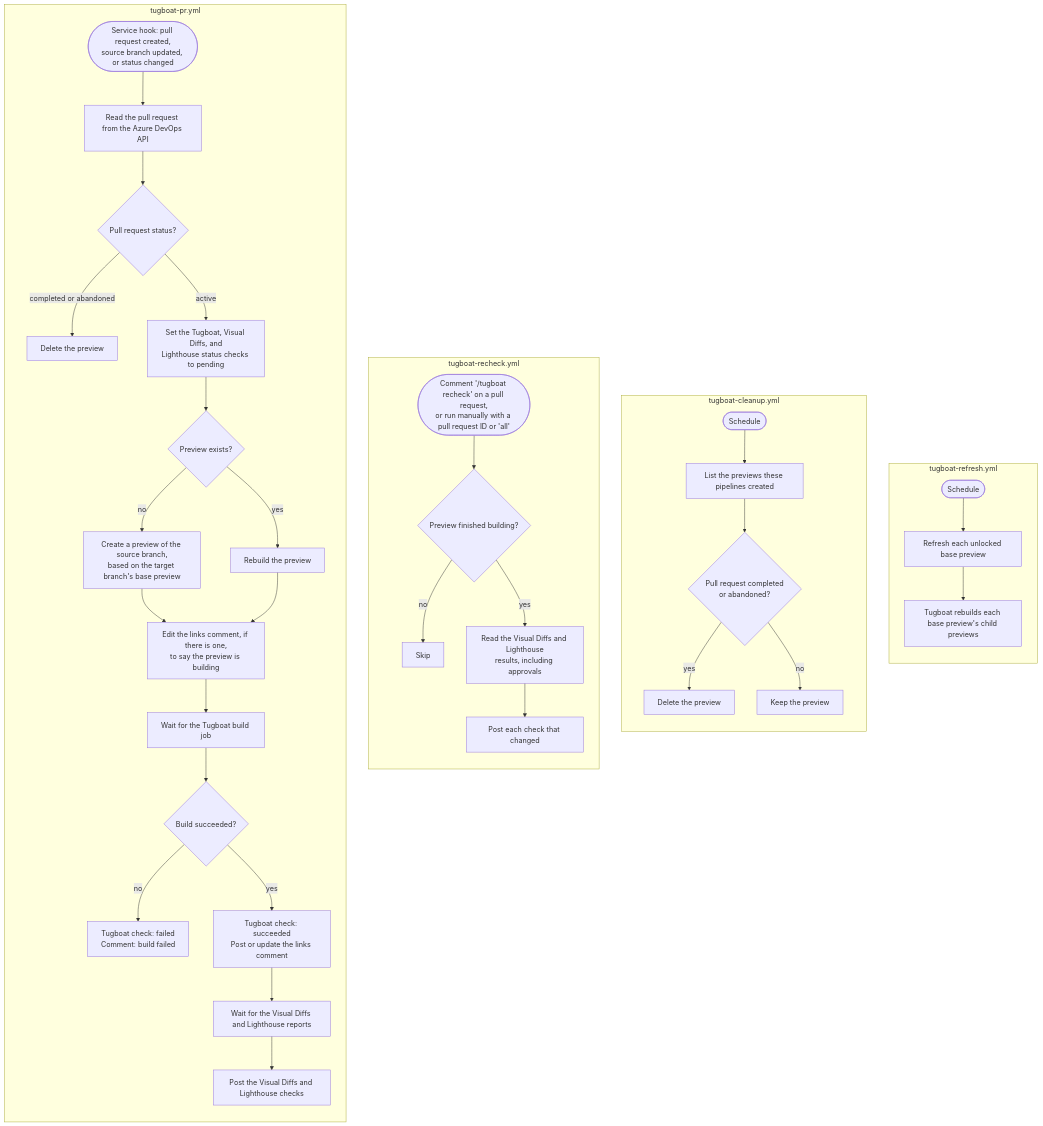
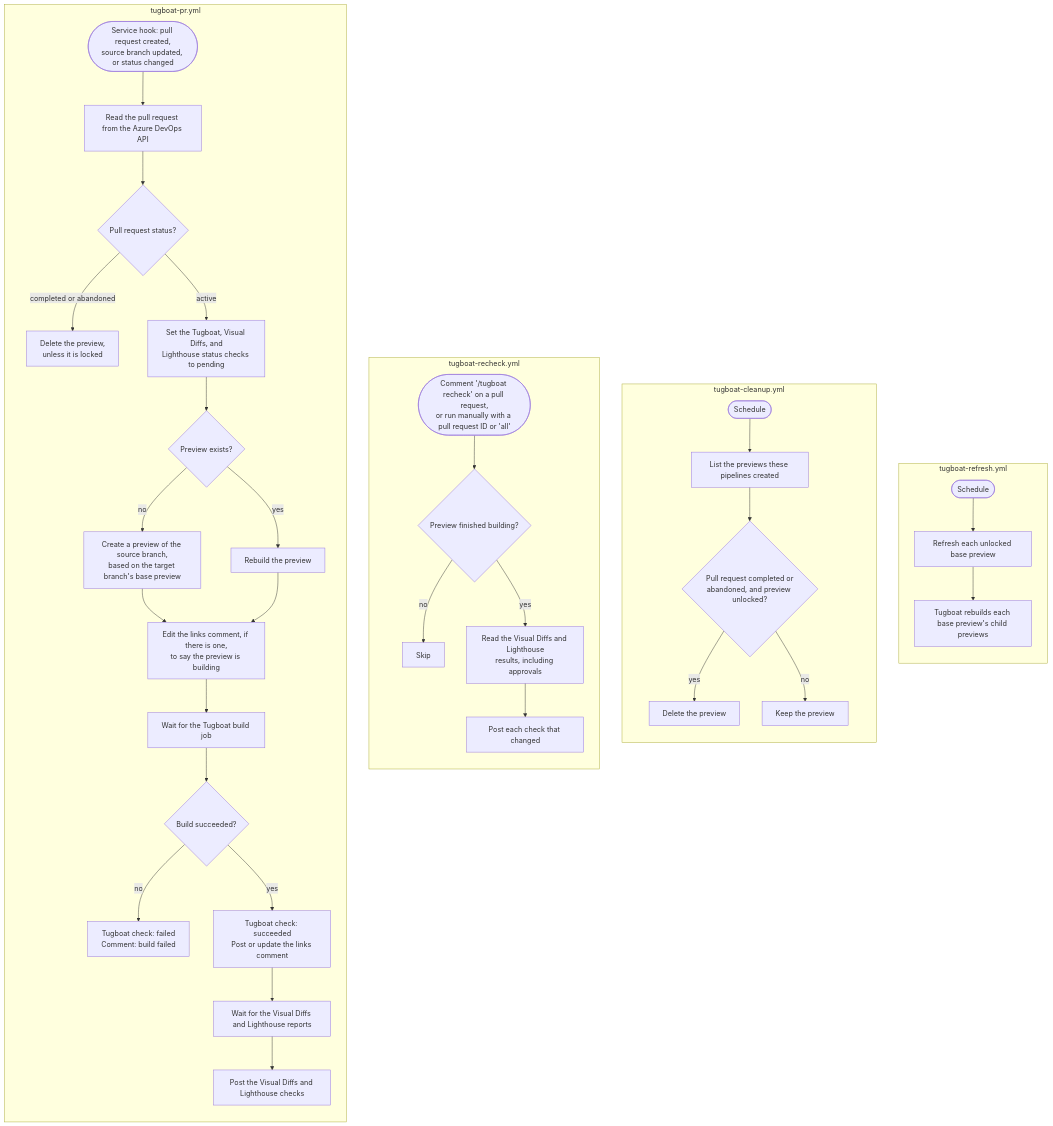
The diagram in README.md (TugboatQA/azure-devops-pipelines), drawn with Mermaid before and after one commit. The commit also changed other lines of this file and 5 other files, not shown here.

````diff
--- a/README.md
+++ b/README.md
@@ -25,47 +25,47 @@
 ```mermaid
 flowchart TB
     subgraph refresh["tugboat-refresh.yml"]
         direction TB
         rfTrigger(["Schedule"])
         rfTrigger --> rfRefresh["Refresh each unlocked base preview"]
         rfRefresh --> rfChildren["Tugboat rebuilds each base preview's child previews"]
     end
 
     subgraph cleanup["tugboat-cleanup.yml"]
         direction TB
         clTrigger(["Schedule"])
         clTrigger --> clList["List the previews these pipelines created"]
-        clList --> clClosed{"Pull request completed<br/>or abandoned?"}
+        clList --> clClosed{"Pull request completed or<br/>abandoned, and preview unlocked?"}
         clClosed -- yes --> clDelete["Delete the preview"]
         clClosed -- no --> clKeep["Keep the preview"]
     end
 
     subgraph recheck["tugboat-recheck.yml"]
         direction TB
         rcTrigger(["Comment '/tugboat recheck' on a pull request,<br/>or run manually with a pull request ID or 'all'"])
         rcTrigger --> rcBuilt{"Preview finished building?"}
         rcBuilt -- no --> rcSkip["Skip"]
         rcBuilt -- yes --> rcRead["Read the Visual Diffs and Lighthouse<br/>results, including approvals"]
         rcRead --> rcPost["Post each check that changed"]
     end
 
     subgraph pr["tugboat-pr.yml"]
         direction TB
         prTrigger(["Service hook: pull request created,<br/>source branch updated, or status changed"])
         prTrigger --> prRead["Read the pull request from the Azure DevOps API"]
         prRead --> prStatus{"Pull request status?"}
-        prStatus -- "completed or abandoned" --> prDelete["Delete the preview"]
+        prStatus -- "completed or abandoned" --> prDelete["Delete the preview,<br/>unless it is locked"]
         prStatus -- active --> prPending["Set the Tugboat, Visual Diffs, and<br/>Lighthouse status checks to pending"]
         prPending --> prExists{"Preview exists?"}
         prExists -- no --> prCreate["Create a preview of the source branch,<br/>based on the target branch's base preview"]
         prExists -- yes --> prRebuild["Rebuild the preview"]
         prCreate --> prBuilding["Edit the links comment, if there is one,<br/>to say the preview is building"]
         prRebuild --> prBuilding
         prBuilding --> prWait["Wait for the Tugboat build job"]
         prWait --> prResult{"Build succeeded?"}
         prResult -- no --> prFailed["Tugboat check: failed<br/>Comment: build failed"]
         prResult -- yes --> prReady["Tugboat check: succeeded<br/>Post or update the links comment"]
         prReady --> prReports["Wait for the Visual Diffs and Lighthouse reports"]
         prReports --> prChecks["Post the Visual Diffs and Lighthouse checks"]
     end
 ```
````
